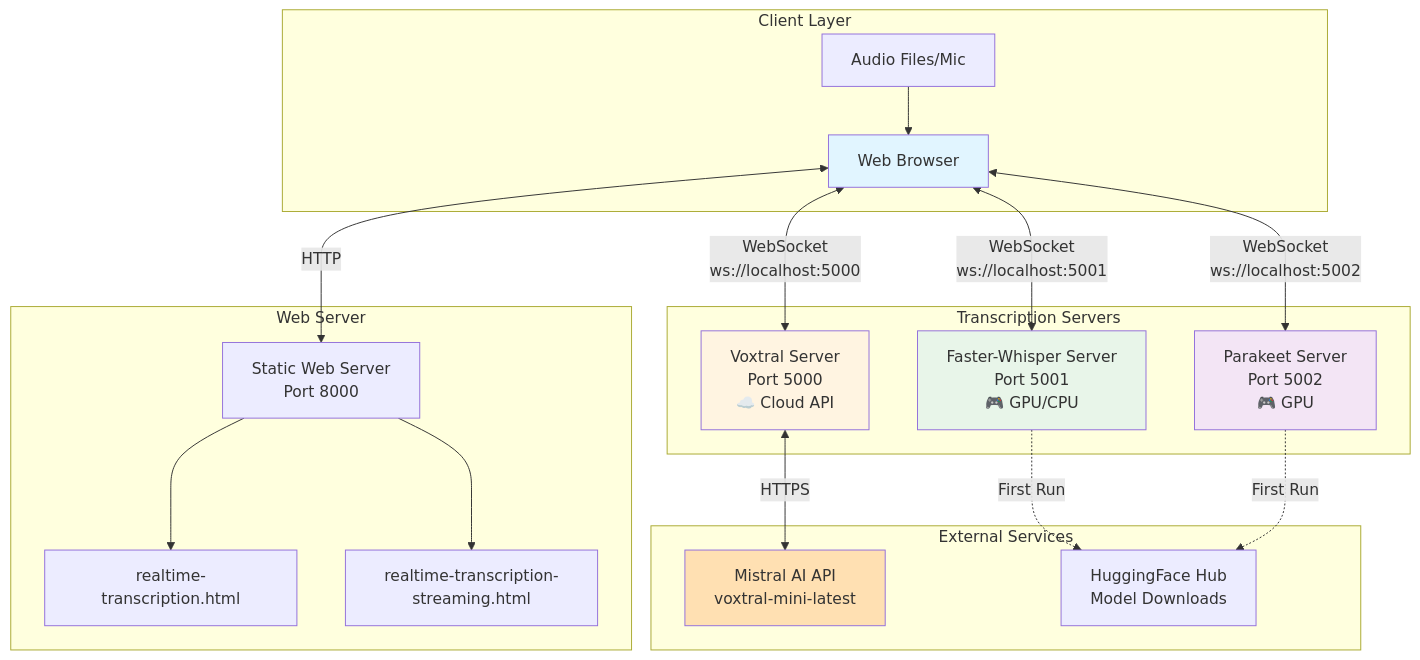
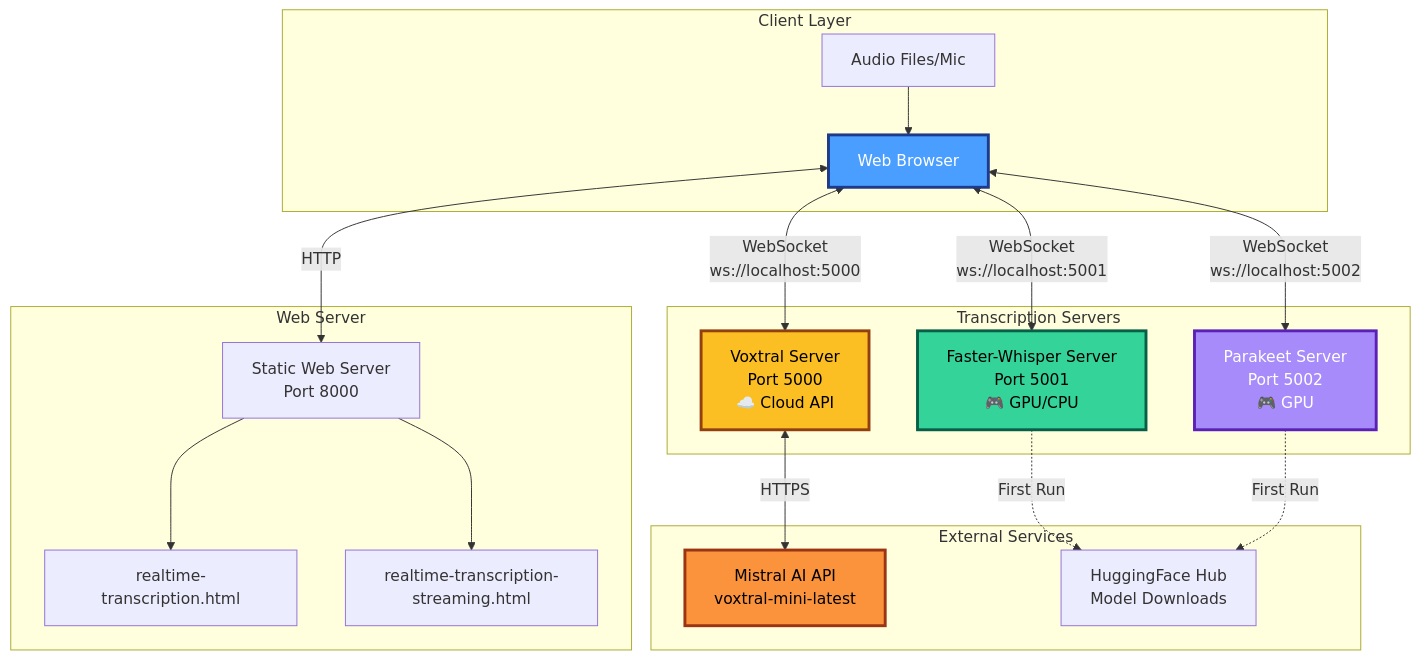
The diagram in assets/system-architecture.mmd (gjovanov/speech2text), drawn with Mermaid before and after one commit. The commit also changed 10 other files, not shown here.

Commit message:
dark mode friednly diagramms

```diff
--- a/assets/system-architecture.mmd
+++ b/assets/system-architecture.mmd
@@ -1,41 +1,41 @@
 graph TB
     subgraph "Client Layer"
         Browser[Web Browser]
         Audio[Audio Files/Mic]
     end
 
     subgraph "Web Server"
         WebUI[Static Web Server<br/>Port 8000]
         HTML1[realtime-transcription.html]
         HTML2[realtime-transcription-streaming.html]
     end
 
     subgraph "Transcription Servers"
         Voxtral[Voxtral Server<br/>Port 5000<br/>☁️ Cloud API]
         Whisper[Faster-Whisper Server<br/>Port 5001<br/>🎮 GPU/CPU]
         Parakeet[Parakeet Server<br/>Port 5002<br/>🎮 GPU]
     end
 
     subgraph "External Services"
         MistralAPI[Mistral AI API<br/>voxtral-mini-latest]
         HuggingFace[HuggingFace Hub<br/>Model Downloads]
     end
 
     Audio --> Browser
     Browser <-->|HTTP| WebUI
     WebUI --> HTML1
     WebUI --> HTML2
 
     Browser <-->|WebSocket<br/>ws://localhost:5000| Voxtral
     Browser <-->|WebSocket<br/>ws://localhost:5001| Whisper
     Browser <-->|WebSocket<br/>ws://localhost:5002| Parakeet
 
     Voxtral <-->|HTTPS| MistralAPI
     Whisper -.->|First Run| HuggingFace
     Parakeet -.->|First Run| HuggingFace
 
-    style Browser fill:#e1f5ff
-    style Voxtral fill:#fff4e1
-    style Whisper fill:#e8f5e9
-    style Parakeet fill:#f3e5f5
-    style MistralAPI fill:#ffe0b2
+    style Browser fill:#4a9eff,stroke:#1e3a8a,stroke-width:3px,color:#fff
+    style Voxtral fill:#fbbf24,stroke:#92400e,stroke-width:3px,color:#000
+    style Whisper fill:#34d399,stroke:#065f46,stroke-width:3px,color:#000
+    style Parakeet fill:#a78bfa,stroke:#5b21b6,stroke-width:3px,color:#fff
+    style MistralAPI fill:#fb923c,stroke:#9a3412,stroke-width:3px,color:#000
```
